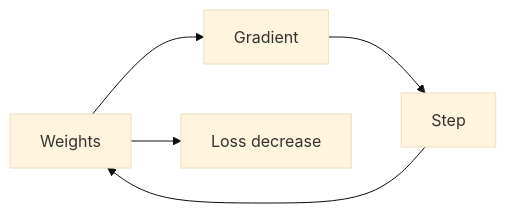
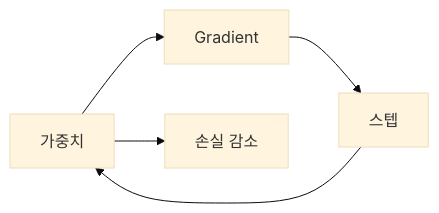
One commit to yeongseon-books/book-content changed the diagram in content/calculus-for-ml-101/ko/07-gradient-descent.md. Above: the diagram before and after it, drawn with Mermaid (base theme). The commit also changed other lines of this file and 9 other files, not shown here.

````diff
--- a/content/calculus-for-ml-101/ko/07-gradient-descent.md
+++ b/content/calculus-for-ml-101/ko/07-gradient-descent.md
@@ -37,7 +63,7 @@
 ```mermaid
 flowchart LR
-    W[Weights] --> G[Gradient]
-    G --> S[Step]
+    W[가중치] --> G[Gradient]
+    G --> S[스텝]
     S --> W
-    W --> L[Loss decrease]
+    W --> L[손실 감소]
 ```
````
